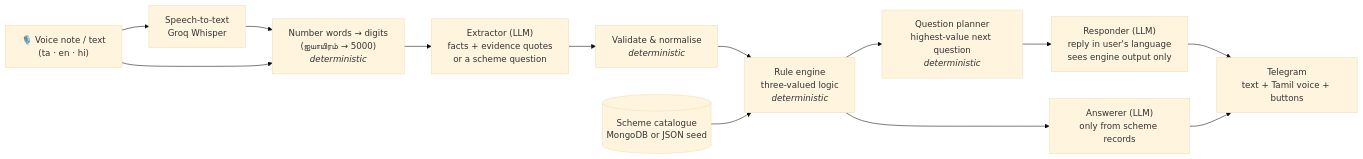
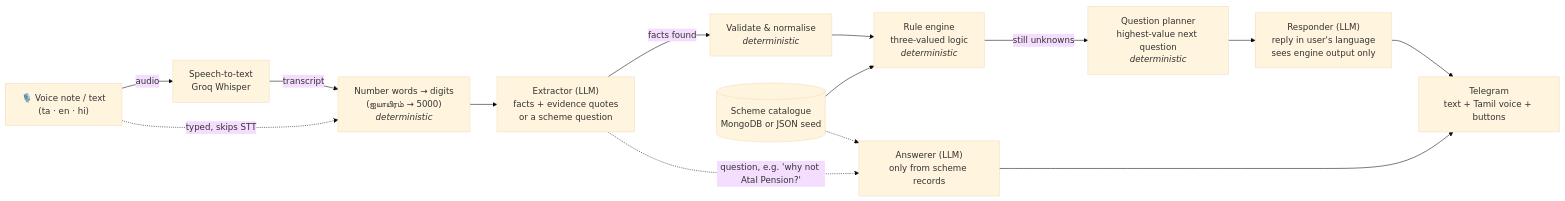
One commit to Balaji-R-05/urimai changed the diagram in README.md. Above: the diagram before and after it, drawn with Mermaid (base theme). The commit also changed other lines of this file and 61 other files, not shown here.

First line of the commit message:
Route direct scheme questions to the Answerer and update results in place

````diff
--- a/README.md
+++ b/README.md
@@ -51,15 +51,16 @@
 ```mermaid
 flowchart LR
-    U["🎙️ Voice note / text<br/>(ta · en · hi)"] --> STT["Speech-to-text<br/>Groq Whisper"]
-    STT --> NUM["Number words → digits<br/>(ஐயாயிரம் → 5000)<br/><i>deterministic</i>"]
-    U --> NUM
+    U["🎙️ Voice note / text<br/>(ta · en · hi)"] -->|audio| STT["Speech-to-text<br/>Groq Whisper"]
+    U -.->|typed, skips STT| NUM["Number words → digits<br/>(ஐயாயிரம் → 5000)<br/><i>deterministic</i>"]
+    STT -->|transcript| NUM
     NUM --> EXT["Extractor (LLM)<br/>facts + evidence quotes<br/>or a scheme question"]
-    EXT --> NORM["Validate & normalise<br/><i>deterministic</i>"]
+    EXT -->|facts found| NORM["Validate & normalise<br/><i>deterministic</i>"]
+    EXT -.->|"question, e.g. 'why not Atal Pension?'"| ANS["Answerer (LLM)<br/>only from scheme records"]
     NORM --> ENG["Rule engine<br/>three-valued logic<br/><i>deterministic</i>"]
     CAT[("Scheme catalogue<br/>MongoDB or JSON seed")] --> ENG
-    ENG --> PLAN["Question planner<br/>highest-value next question<br/><i>deterministic</i>"]
-    ENG --> ANS["Answerer (LLM)<br/>only from scheme records"]
+    CAT -.-> ANS
+    ENG -->|still unknowns| PLAN["Question planner<br/>highest-value next question<br/><i>deterministic</i>"]
     PLAN --> RESP["Responder (LLM)<br/>reply in user's language<br/>sees engine output only"]
     RESP --> BOT["Telegram<br/>text + Tamil voice + buttons"]
     ANS --> BOT
 ```
````
